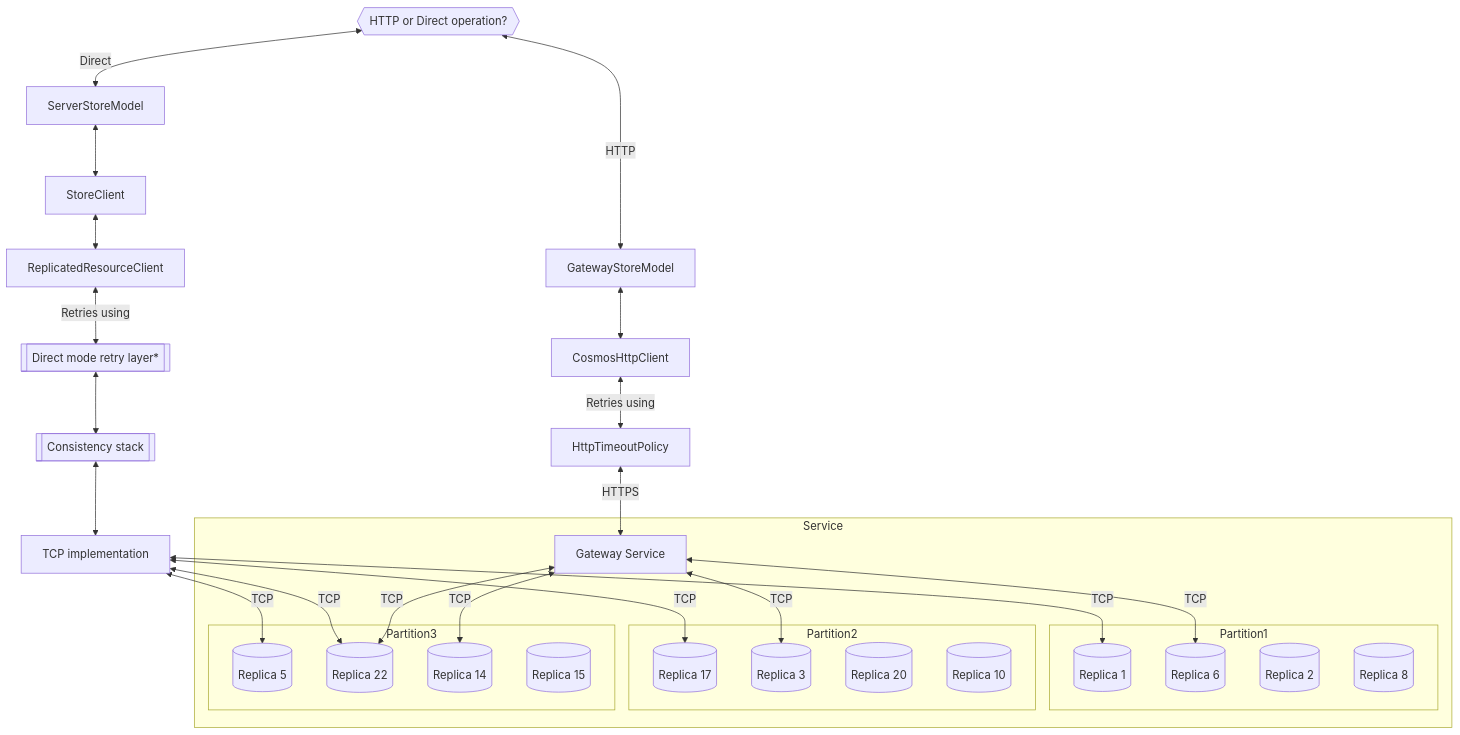
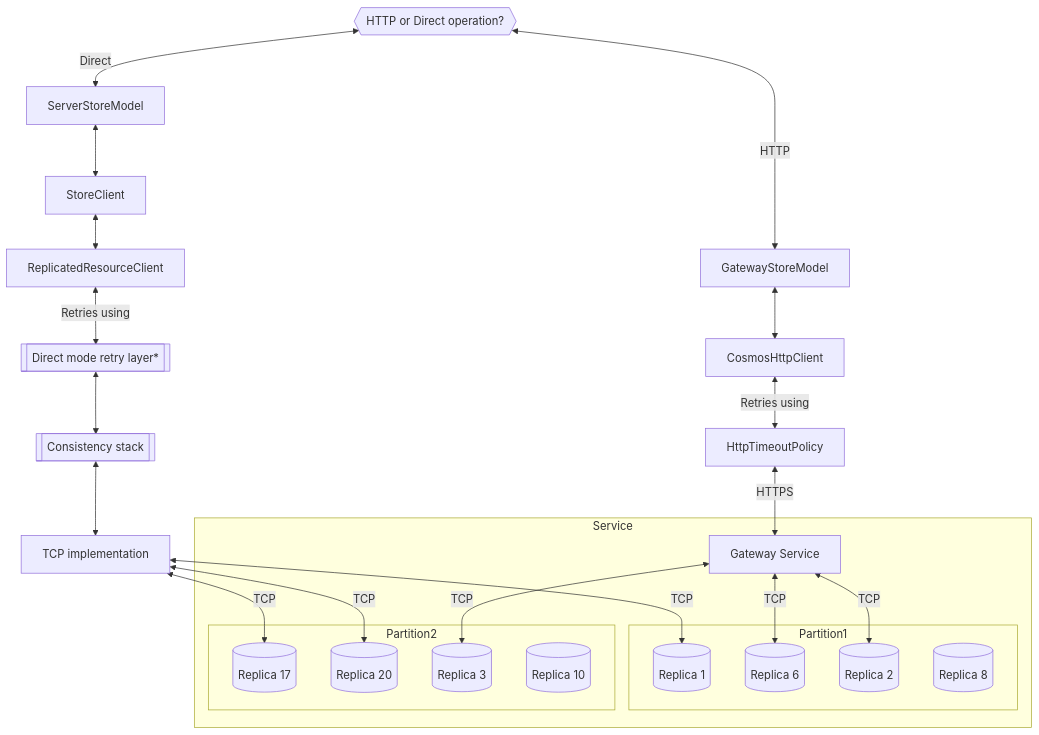
Before and after one commit to Azure/azure-cosmos-dotnet-v3: the third of 3 diagrams in docs/SdkDesign.md, drawn with Mermaid.

Commit message:
Smaller graph

````diff
--- a/docs/SdkDesign.md
+++ b/docs/SdkDesign.md
@@ -51,50 +51,42 @@
 ```mermaid
 flowchart
     Start{{HTTP or Direct operation?}}
         Start <-- HTTP --> GatewayStoreModel
         Start <-- Direct --> ServerStoreModel
         
         TCPClient <-- TCP --> R1
-        TCPClient <-- TCP --> R5
         TCPClient <-- TCP --> R17
-        TCPClient <-- TCP --> R22
+        TCPClient <-- TCP --> R20
 
         GatewayService <-- TCP --> R6
-        GatewayService <-- TCP --> R22
         GatewayService <-- TCP --> R3
-        GatewayService <-- TCP --> R14
+        GatewayService <-- TCP --> R2
 
         ServerStoreModel <--> StoreClient
         StoreClient <--> ReplicatedResourceClient
         ReplicatedResourceClient <-- Retries using --> DirectRetry[[Direct mode retry layer*]]
         DirectRetry <--> Consistency[[Consistency stack]]
         Consistency <--> TCPClient[TCP implementation]
 
         GatewayStoreModel <--> CosmosHttpClient
         CosmosHttpClient <-- Retries using --> HttpTimeoutPolicy
         HttpTimeoutPolicy <-- HTTPS --> GatewayService
     subgraph Service
         subgraph Partition1
             R1[(Replica 1)]
             R2[(Replica 2)]
             R6[(Replica 6)]
             R8[(Replica 8)]
         end
         subgraph Partition2
             R3[(Replica 3)]
             R20[(Replica 20)]
             R10[(Replica 10)]
             R17[(Replica 17)]
             
         end
-        subgraph Partition3
-            R5[(Replica 5)]
-            R14[(Replica 14)]
-            R22[(Replica 22)]
-            R15[(Replica 15)]
-            
-        end
+
         GatewayService[Gateway Service]
     end
 
 ```
````
